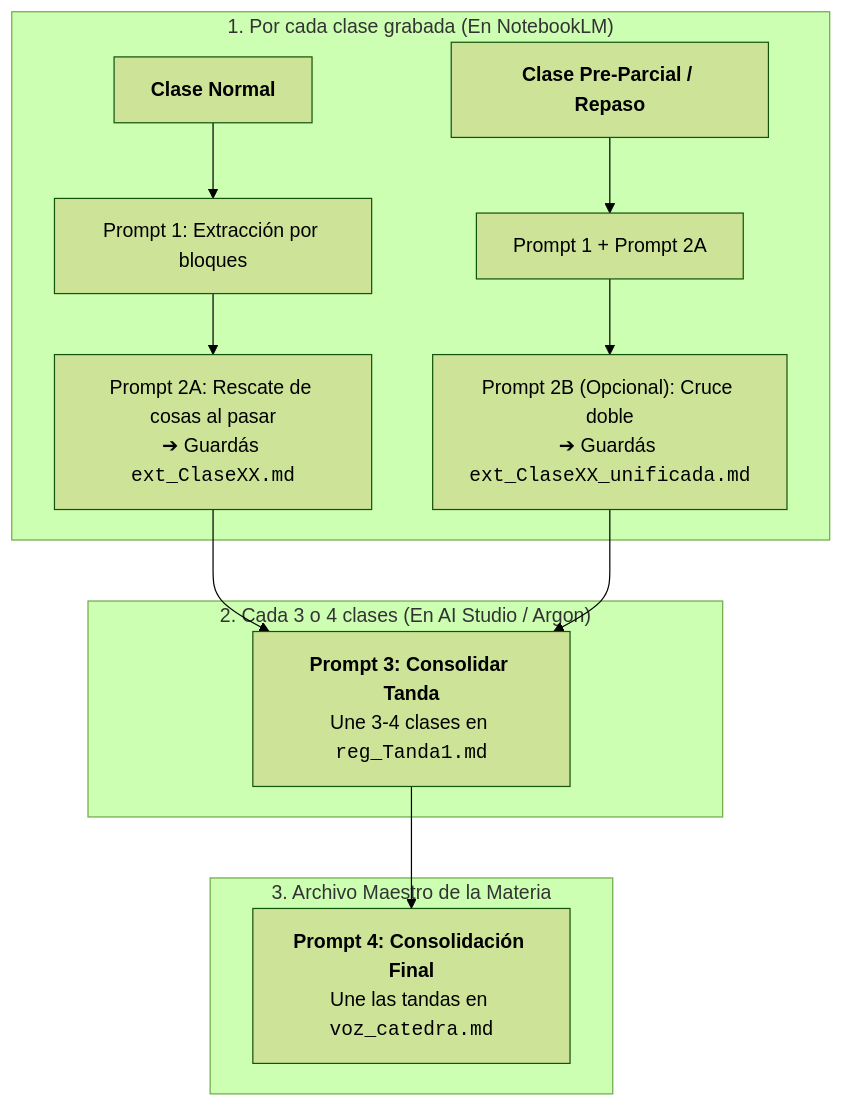
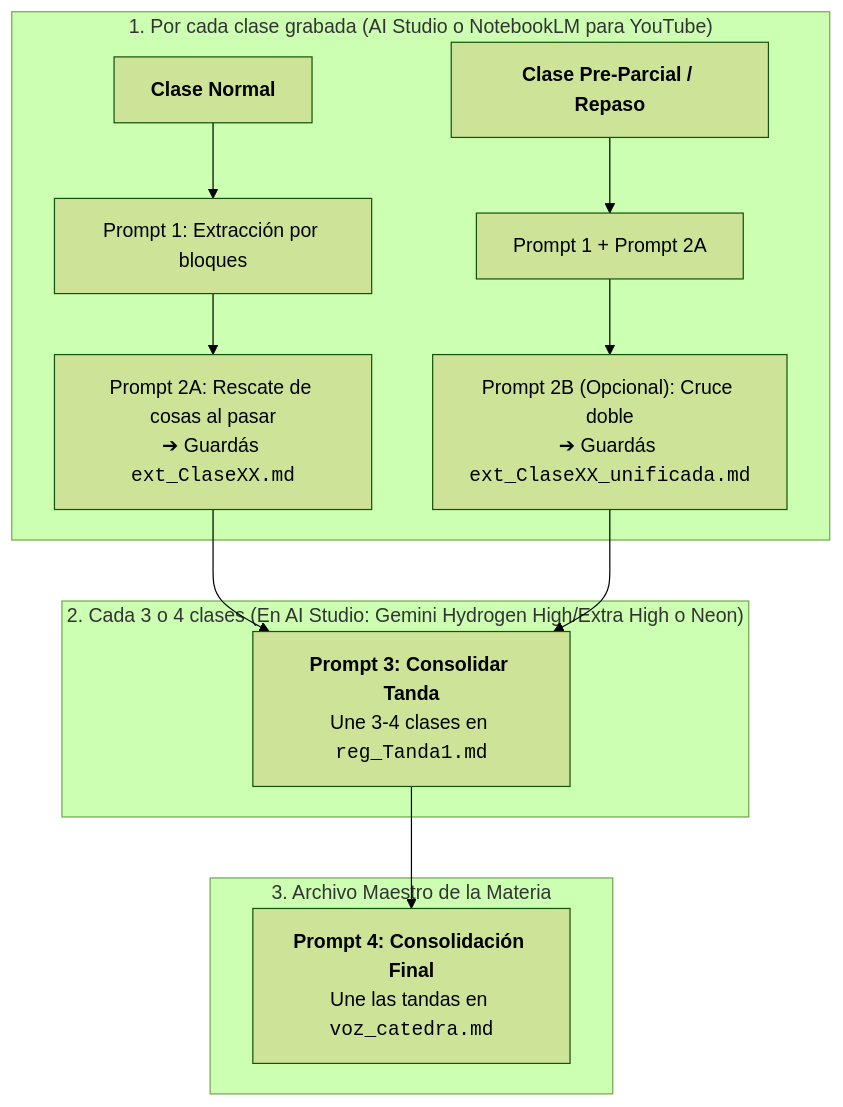
The second of 2 diagrams in src/site/notes/20. Áreas/Sistema de Estudio con IA/01B - Extractor de Clases y Voz de la Cátedra.md (benjat3/guias-ia-facu), drawn with Mermaid (forest theme) before and after one commit. The commit also changed other lines of this file and 16 other files, not shown here.

````diff
--- a/src/site/notes/20. Áreas/Sistema de Estudio con IA/01B - Extractor de Clases y Voz de la Cátedra.md
+++ b/src/site/notes/20. Áreas/Sistema de Estudio con IA/01B - Extractor de Clases y Voz de la Cátedra.md
@@ -59,19 +59,19 @@
 ```mermaid
 flowchart TD
-    subgraph S1["1. Por cada clase grabada (En NotebookLM)"]
+    subgraph S1["1. Por cada clase grabada (AI Studio o NotebookLM para YouTube)"]
         C_STD["<b>Clase Normal</b>"] --> P1["Prompt 1: Extracción por bloques"]
         P1 --> P2A["Prompt 2A: Rescate de cosas al pasar<br>➔ Guardás <code>ext_ClaseXX.md</code>"]
         
         C_CRI["<b>Clase Pre-Parcial / Repaso</b>"] --> P1_C["Prompt 1 + Prompt 2A"]
         P1_C --> P2B["Prompt 2B (Opcional): Cruce doble<br>➔ Guardás <code>ext_ClaseXX_unificada.md</code>"]
     end
 
-    subgraph S2["2. Cada 3 o 4 clases (En AI Studio / Argon)"]
+    subgraph S2["2. Cada 3 o 4 clases (En AI Studio: Gemini Hydrogen High/Extra High o Neon)"]
         P2A --> T1["<b>Prompt 3: Consolidar Tanda</b><br>Une 3-4 clases en <code>reg_Tanda1.md</code>"]
         P2B --> T1
     end
 
     subgraph S3["3. Archivo Maestro de la Materia"]
         T1 --> P4["<b>Prompt 4: Consolidación Final</b><br>Une las tandas en <code>voz_catedra.md</code>"]
     end
 ```
````
